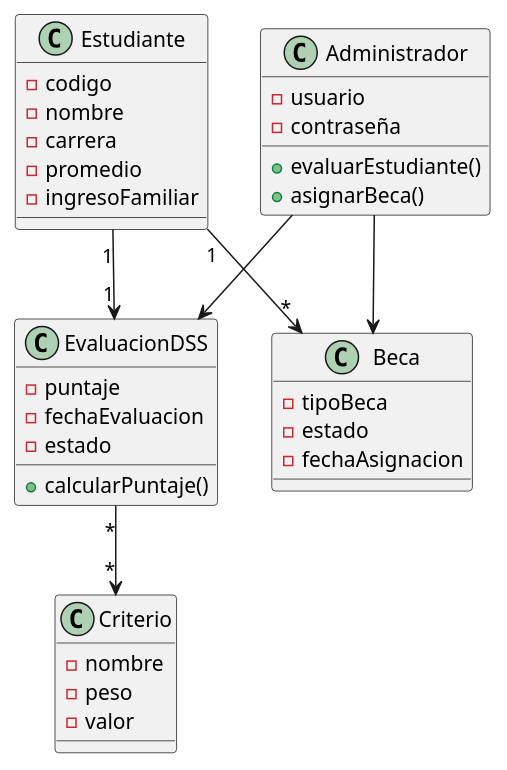
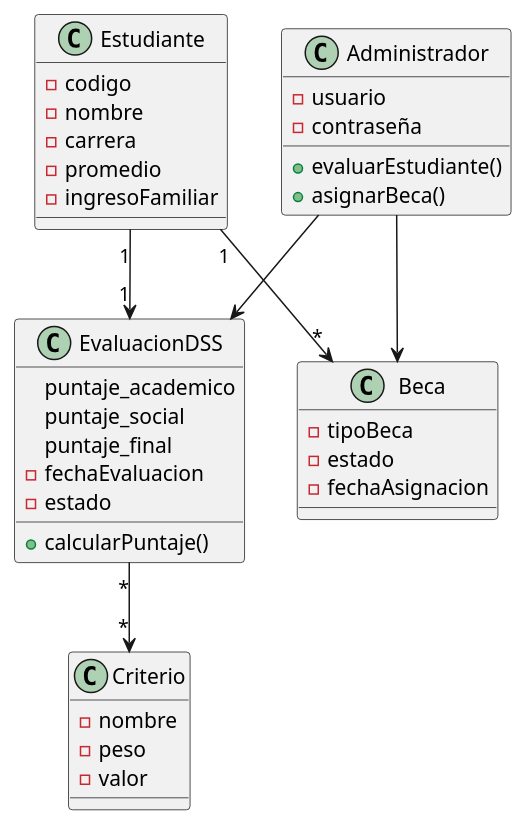
Before and after one commit to Nahuel830/DSS-Becas: the diagram in docs/uml/clases.puml, drawn with PlantUML.

```diff
--- a/docs/uml/clases.puml
+++ b/docs/uml/clases.puml
@@ -1,43 +1,45 @@
 @startuml
 
 class Estudiante {
 - codigo
 - nombre
 - carrera
 - promedio
 - ingresoFamiliar
 }
 
 class EvaluacionDSS {
-- puntaje
+puntaje_academico
+puntaje_social
+puntaje_final
 - fechaEvaluacion
 - estado
 + calcularPuntaje()
 }
 
 class Criterio {
 - nombre
 - peso
 - valor
 }
 
 class Beca {
 - tipoBeca
 - estado
 - fechaAsignacion
 }
 
 class Administrador {
 - usuario
 - contraseña
 + evaluarEstudiante()
 + asignarBeca()
 }
 
 Estudiante "1" --> "1" EvaluacionDSS
 EvaluacionDSS "*" --> "*" Criterio
 Estudiante "1" --> "*" Beca
 Administrador --> EvaluacionDSS
 Administrador --> Beca
 
 @enduml
```
